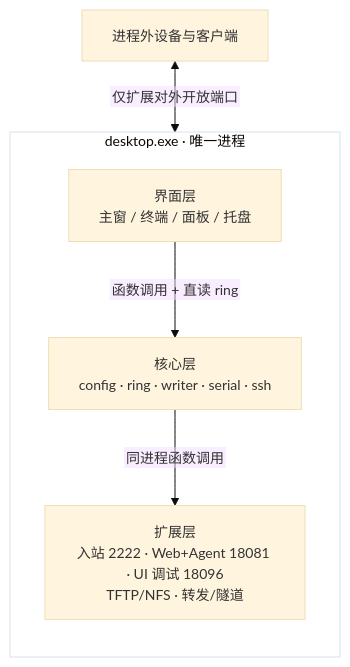
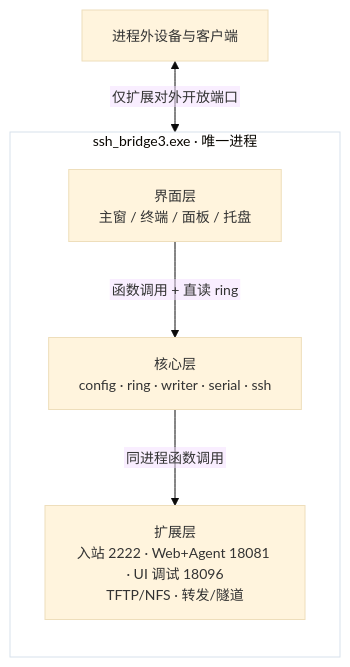
Before and after one commit to yanggan2015/ssh-bridge-v3: the third of 3 diagrams in docs/架构总览.md, drawn with Mermaid. The commit also changed other lines of this file and 17 other files, not shown here.

````diff
--- a/docs/架构总览.md
+++ b/docs/架构总览.md
@@ -125,16 +125,16 @@
 ```mermaid
 %%{init: {'theme':'base','themeVariables':{'clusterBkg':'#ffffff','clusterBorder':'#d7e1ec','fontFamily':'Microsoft YaHei, sans-serif','fontSize':'14px'},'flowchart':{'htmlLabels':false,'useMaxWidth':true}}}%%
 flowchart TB
   OUT["进程外设备与客户端"]
 
-  subgraph EXE["desktop.exe · 唯一进程"]
+  subgraph EXE["ssh_bridge3.exe · 唯一进程"]
     direction TB
     UI["界面层<br/>主窗 / 终端 / 面板 / 托盘"]
     CORE["核心层<br/>config · ring · writer · serial · ssh"]
     SVC["扩展层<br/>入站 2222 · Web+Agent 18081 · UI 调试 18096<br/>TFTP/NFS · 转发/隧道"]
     UI -->|"函数调用 + 直读 ring"| CORE
     CORE -->|"同进程函数调用"| SVC
   end
 
   OUT <-->|仅扩展对外开放端口| SVC
 ```
````
